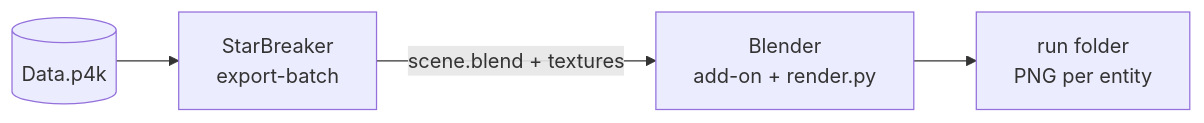
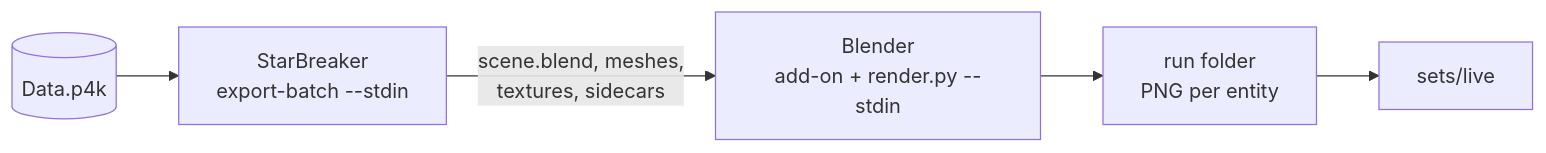
Before and after one commit to w00zla/sc-packshot: the diagram in README.md, drawn with Mermaid. The commit also changed other lines of this file and 14 other files, not shown here.

First line of the commit message:
One pin file for Blender and StarBreaker, dev setup, README rework (ADR 0033) (#1)

````diff
--- a/README.md
+++ b/README.md
@@ -32,6 +29,7 @@
 ```mermaid
 flowchart LR
-    P[(Data.p4k)] --> E[StarBreaker<br/>export-batch]
-    E -->|scene.blend + textures| B[Blender<br/>add-on + render.py]
+    P[(Data.p4k)] --> E[StarBreaker<br/>export-batch --stdin]
+    E -->|scene.blend, meshes,<br/>textures, sidecars| B[Blender<br/>add-on + render.py --stdin]
     B --> R[run folder<br/>PNG per entity]
+    R --> S[sets/live]
 ```
````
